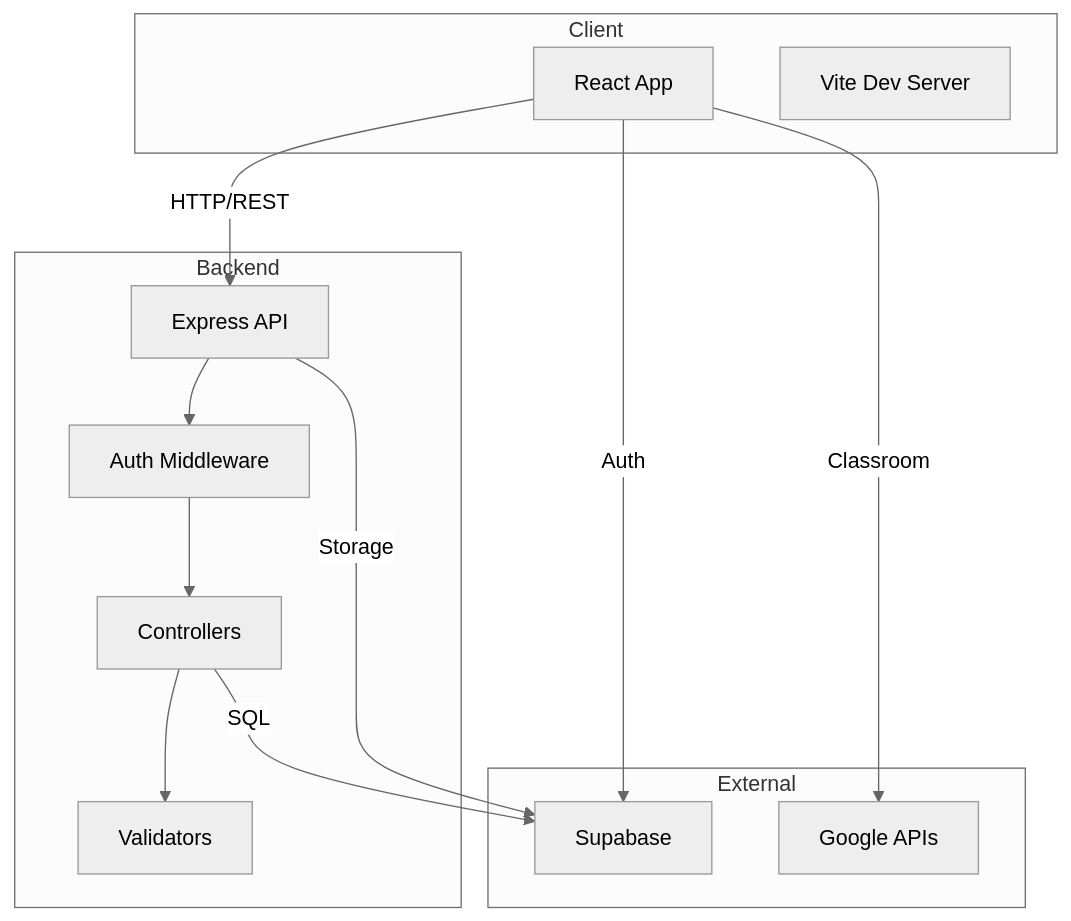
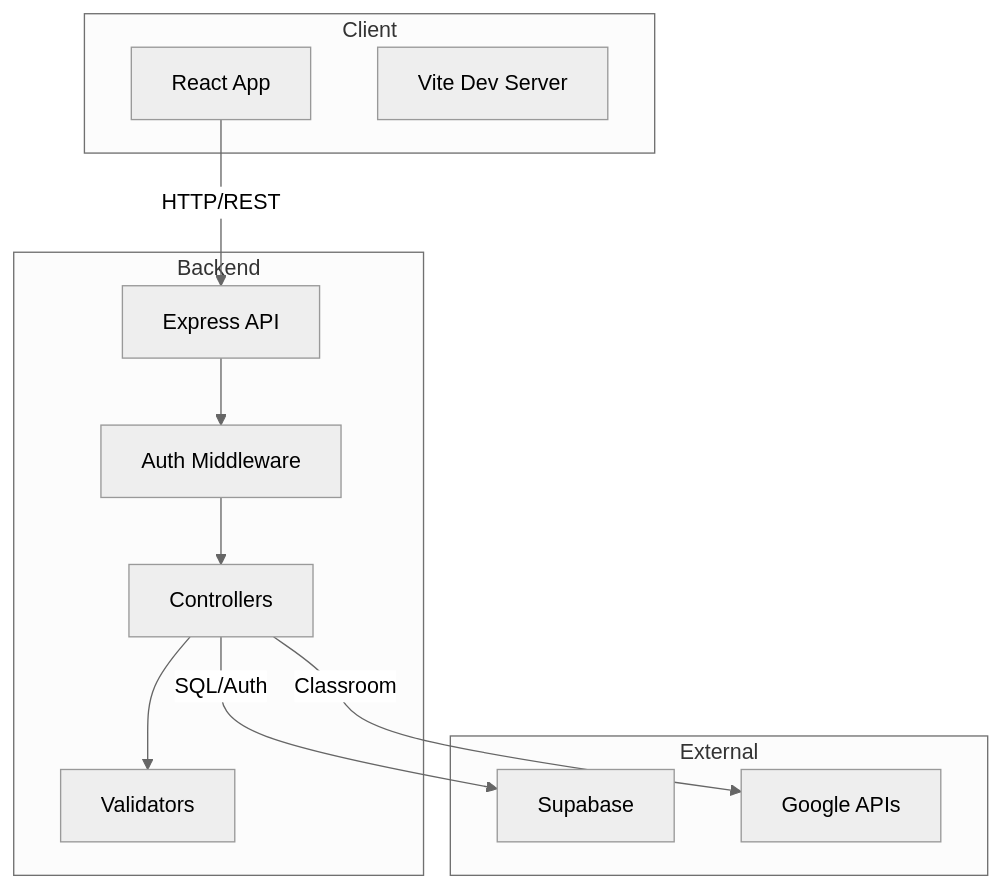
The first of 4 diagrams in docs/development/architecture.md (rub3nnn/FlickDo), drawn with Mermaid (neutral theme) before and after one commit. The commit also changed other lines of this file and 6 other files, not shown here.

````diff
--- a/docs/development/architecture.md
+++ b/docs/development/architecture.md
@@ -7,28 +9,26 @@
 ```mermaid
 graph TB
     subgraph Client
         A[React App]
         B[Vite Dev Server]
     end
 
     subgraph Backend
         C[Express API]
         D[Auth Middleware]
         E[Controllers]
         F[Validators]
     end
 
     subgraph External
         G[Supabase]
         H[Google APIs]
     end
 
     A -->|HTTP/REST| C
     C --> D
     D --> E
     E --> F
-    E -->|SQL| G
-    A -->|Auth| G
-    A -->|Classroom| H
-    C -->|Storage| G
+    E -->|SQL/Auth| G
+    E -->|Classroom| H
 ```
````
